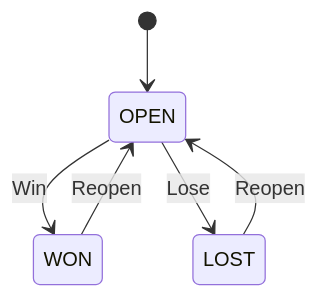
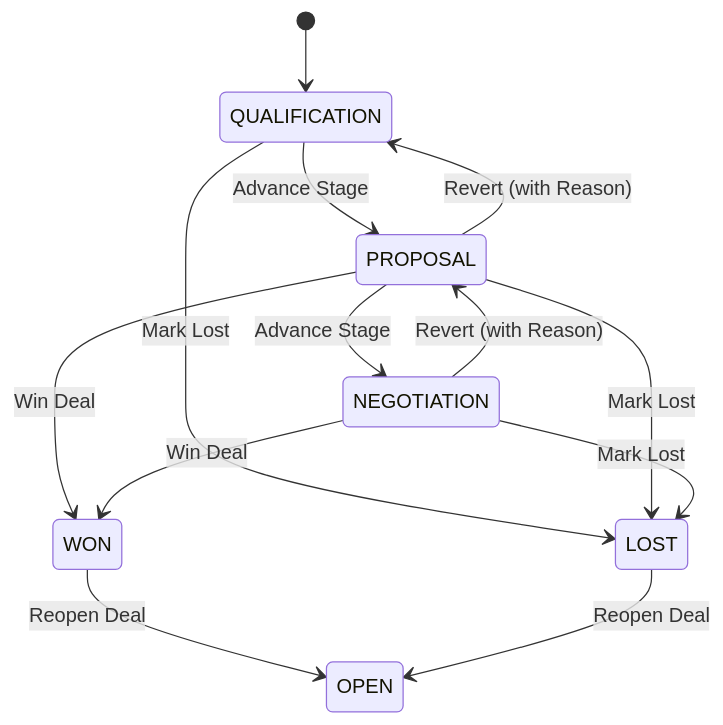
The second of 2 diagrams in user-guides/modules/crm.md (tenarm/docs), drawn with Mermaid before and after one commit. The commit also changed other lines of this file and 42 other files, not shown here.

````diff
--- a/user-guides/modules/crm.md
+++ b/user-guides/modules/crm.md
@@ -79,8 +150,18 @@
 ```mermaid
 stateDiagram-v2
-    [*] --> OPEN
-    OPEN --> WON : Win
-    OPEN --> LOST : Lose
-    WON --> OPEN : Reopen
-    LOST --> OPEN : Reopen
+    [*] --> QUALIFICATION
+    QUALIFICATION --> PROPOSAL : Advance Stage
+    PROPOSAL --> NEGOTIATION : Advance Stage
+    PROPOSAL --> QUALIFICATION : Revert (with Reason)
+    NEGOTIATION --> PROPOSAL : Revert (with Reason)
+    
+    QUALIFICATION --> LOST : Mark Lost
+    PROPOSAL --> LOST : Mark Lost
+    NEGOTIATION --> LOST : Mark Lost
+    
+    PROPOSAL --> WON : Win Deal
+    NEGOTIATION --> WON : Win Deal
+    
+    WON --> OPEN : Reopen Deal
+    LOST --> OPEN : Reopen Deal
 ```
````
